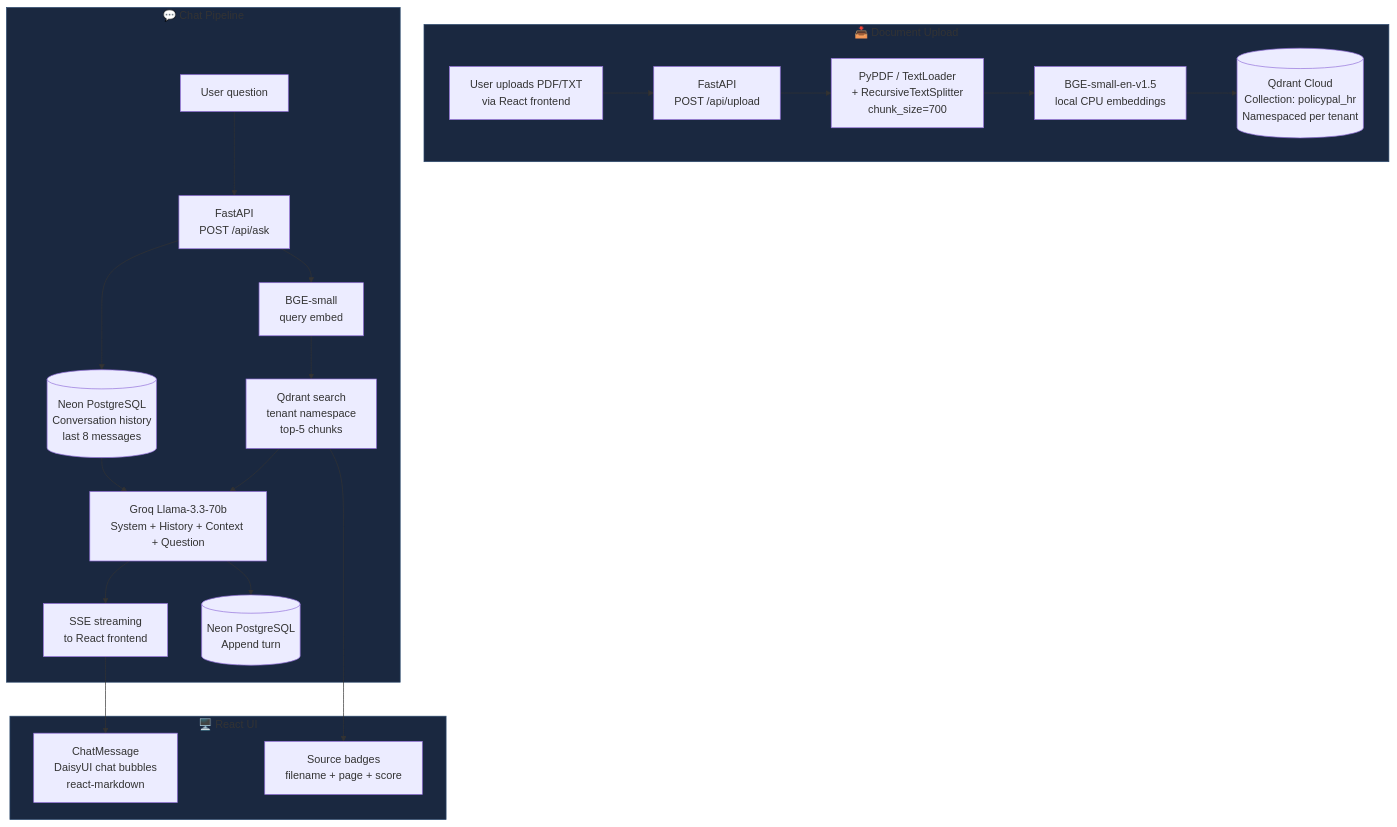
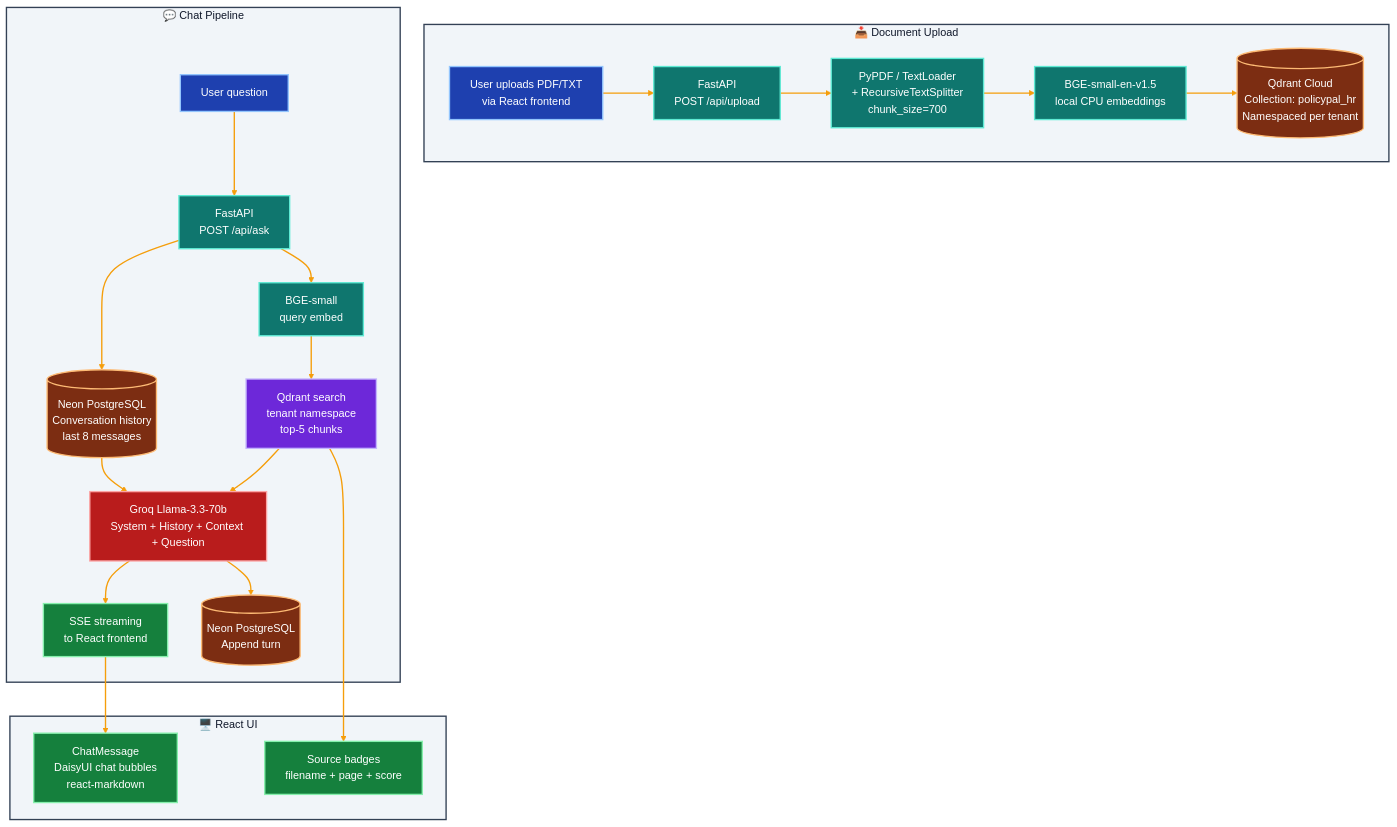
One commit to masudpervez27/policypal-rag changed the diagram in README.md. Above: the diagram before and after it, drawn with Mermaid.

Commit message:
update mermaid diagram

````diff
--- a/README.md
+++ b/README.md
@@ -28,29 +28,45 @@
 ```mermaid
 flowchart TD
     subgraph Upload["📥 Document Upload"]
         A[User uploads PDF/TXT\nvia React frontend] --> B[FastAPI\nPOST /api/upload]
         B --> C[PyPDF / TextLoader\n+ RecursiveTextSplitter\nchunk_size=700]
         C --> D[BGE-small-en-v1.5\nlocal CPU embeddings]
         D --> E[(Qdrant Cloud\nCollection: policypal_hr\nNamespaced per tenant)]
     end
 
     subgraph Chat["💬 Chat Pipeline"]
         Q[User question] --> F[FastAPI\nPOST /api/ask]
         F --> G[BGE-small\nquery embed]
         G --> H[Qdrant search\ntenant namespace\ntop-5 chunks]
         F --> I[(Neon PostgreSQL\nConversation history\nlast 8 messages)]
         H --> J[Groq Llama-3.3-70b\nSystem + History + Context + Question]
         I --> J
         J --> K[SSE streaming\nto React frontend]
         J --> L[(Neon PostgreSQL\nAppend turn)]
     end
 
     subgraph Frontend["🖥️ React UI"]
         K --> M[ChatMessage\nDaisyUI chat bubbles\nreact-markdown]
         H --> N[Source badges\nfilename + page + score]
     end
 
-    style Upload fill:#1a2840,stroke:#2d4a6e
-    style Chat fill:#1a2840,stroke:#2d4a6e
-    style Frontend fill:#1a2840,stroke:#2d4a6e
+    classDef source fill:#1e40af,stroke:#93c5fd,stroke-width:2px,color:#ffffff
+    classDef process fill:#0f766e,stroke:#5eead4,stroke-width:2px,color:#ffffff
+    classDef store fill:#7c2d12,stroke:#fdba74,stroke-width:2px,color:#ffffff
+    classDef rank fill:#6d28d9,stroke:#c4b5fd,stroke-width:2px,color:#ffffff
+    classDef llm fill:#b91c1c,stroke:#fca5a5,stroke-width:2px,color:#ffffff
+    classDef ui fill:#15803d,stroke:#86efac,stroke-width:2px,color:#ffffff
+
+    class A,Q source
+    class B,C,D,F,G process
+    class E,I,L store
+    class H rank
+    class J llm
+    class K,M,N ui
+
+    style Upload fill:#f1f5f9,stroke:#334155,stroke-width:2px,color:#0f172a
+    style Chat fill:#f1f5f9,stroke:#334155,stroke-width:2px,color:#0f172a
+    style Frontend fill:#f1f5f9,stroke:#334155,stroke-width:2px,color:#0f172a
+
+    linkStyle default stroke:#f59e0b,stroke-width:2px
 ```
````
